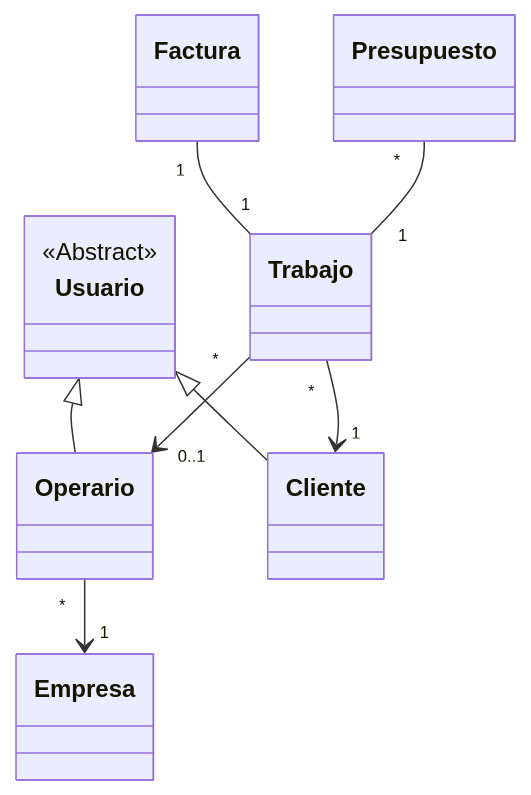
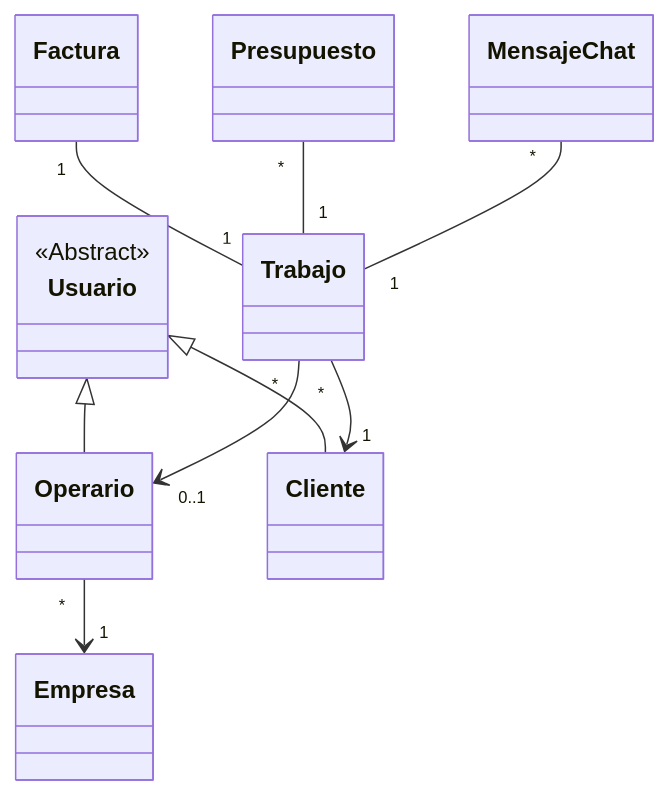
The diagram in docs_backup/02_DISENO_Y_ARQUITECTURA.md (ncondeviladev/FixFinder), drawn with Mermaid before and after one commit. The commit also changed 28 other files, not shown here.

````diff
--- a/docs_backup/02_DISENO_Y_ARQUITECTURA.md
+++ b/docs_backup/02_DISENO_Y_ARQUITECTURA.md
@@ -29,18 +29,20 @@
 ```mermaid
 classDiagram
     class Usuario { <<Abstract>> }
     class Operario
     class Cliente
     class Empresa
     class Trabajo
     class Factura
     class Presupuesto
+    class MensajeChat
 
     Usuario <|-- Operario
     Usuario <|-- Cliente
     Operario "*" --> "1" Empresa
     Trabajo "*" --> "1" Cliente
     Trabajo "*" --> "0..1" Operario
     Factura "1" -- "1" Trabajo
     Presupuesto "*" -- "1" Trabajo
+    MensajeChat "*" -- "1" Trabajo
 ```
````
